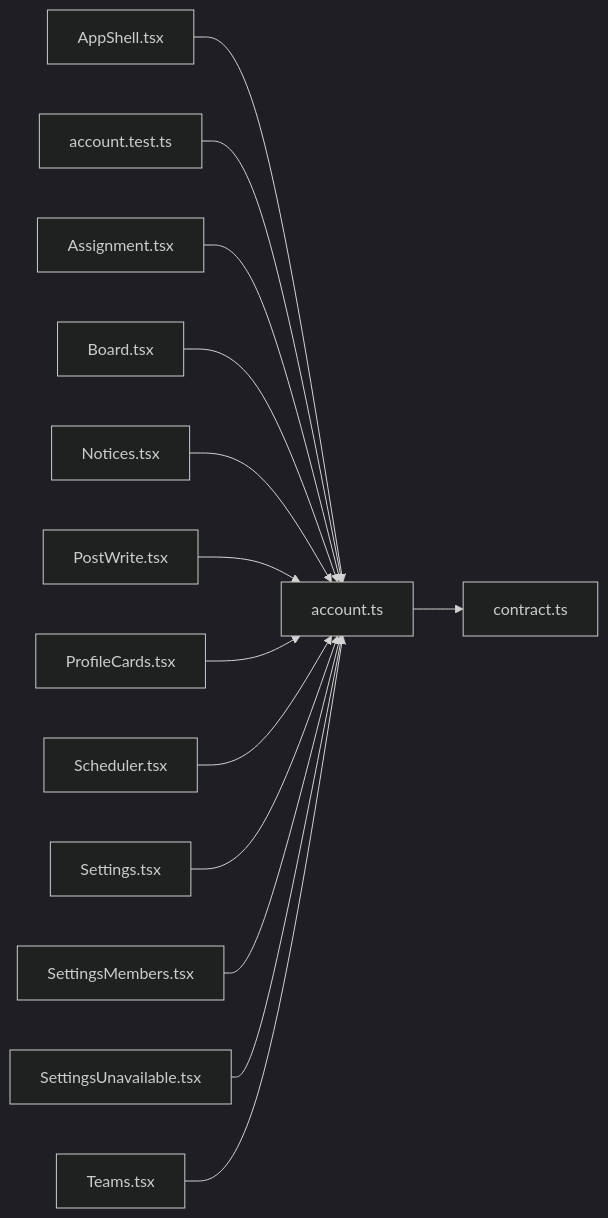
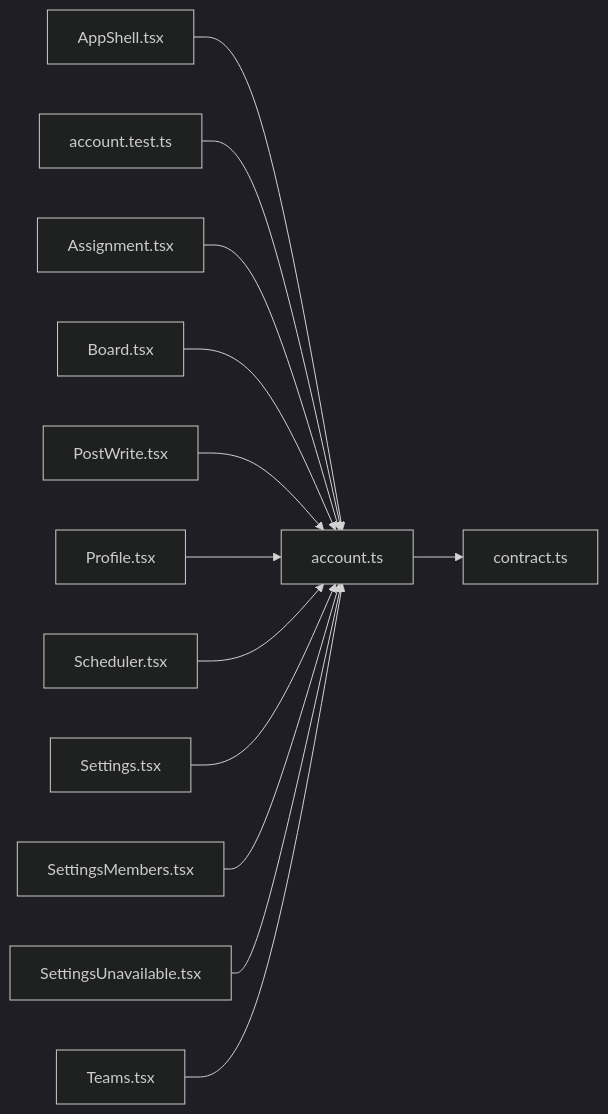
The diagram in .cluedoc/graph/frontend/src/lib/account.md (minkong-dev/Banblit), drawn with Mermaid (dark theme) before and after one commit. The commit also changed other lines of this file and 78 other files, not shown here.

Commit message:
frontend: merge single-function files into Board, Profile, Search, controls, loading and pipeline

````diff
--- a/.cluedoc/graph/frontend/src/lib/account.md
+++ b/.cluedoc/graph/frontend/src/lib/account.md
@@ -10,17 +10,16 @@
 ```mermaid
 flowchart LR
   frontend_src_lib_account["account.ts"]
   frontend_src_lib_account --> frontend_src_lib_contract["contract.ts"]
   frontend_src_components_AppShell["AppShell.tsx"] --> frontend_src_lib_account
   frontend_src_lib_account_test["account.test.ts"] --> frontend_src_lib_account
   frontend_src_routes_Assignment["Assignment.tsx"] --> frontend_src_lib_account
   frontend_src_routes_Board["Board.tsx"] --> frontend_src_lib_account
-  frontend_src_routes_Notices["Notices.tsx"] --> frontend_src_lib_account
   frontend_src_routes_PostWrite["PostWrite.tsx"] --> frontend_src_lib_account
-  frontend_src_routes_ProfileCards["ProfileCards.tsx"] --> frontend_src_lib_account
+  frontend_src_routes_Profile["Profile.tsx"] --> frontend_src_lib_account
   frontend_src_routes_Scheduler["Scheduler.tsx"] --> frontend_src_lib_account
   frontend_src_routes_Settings["Settings.tsx"] --> frontend_src_lib_account
   frontend_src_routes_SettingsMembers["SettingsMembers.tsx"] --> frontend_src_lib_account
   frontend_src_routes_SettingsUnavailable["SettingsUnavailable.tsx"] --> frontend_src_lib_account
   frontend_src_routes_Teams["Teams.tsx"] --> frontend_src_lib_account
 ```
````
